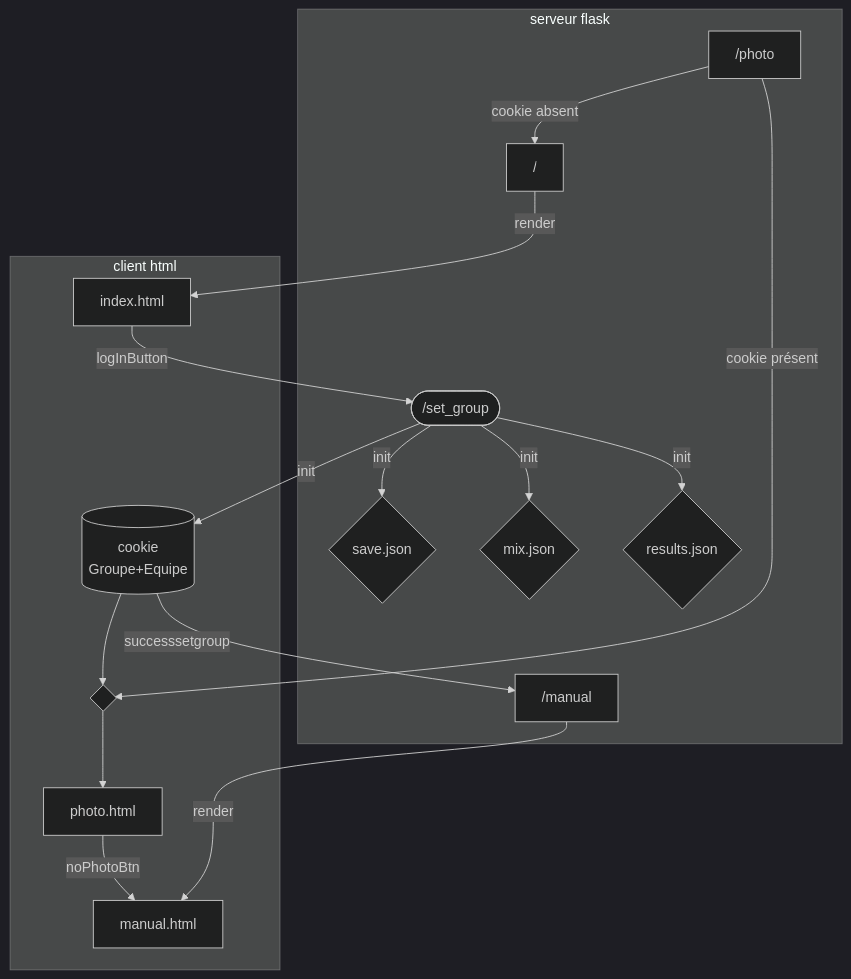
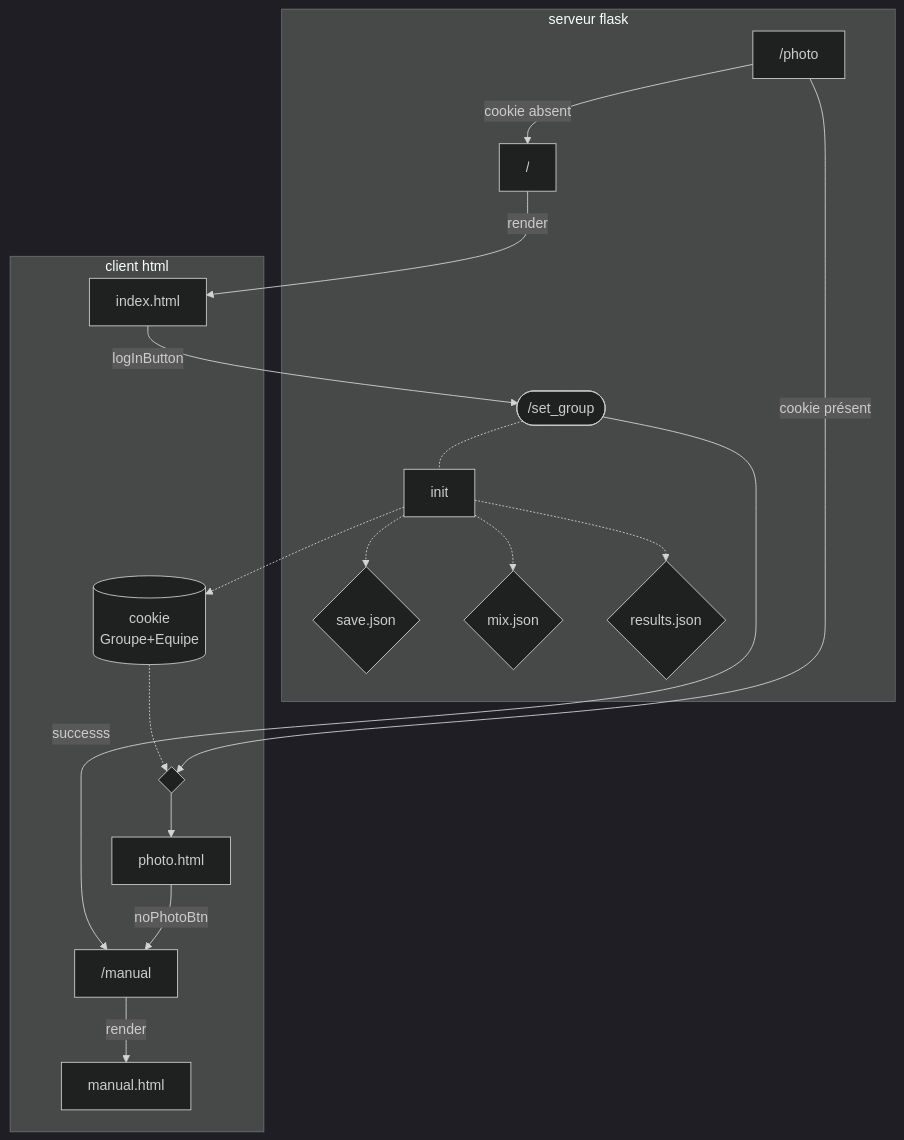
The diagram in README.md (Arcanee/Stage_Mix_Energetique), drawn with Mermaid (dark theme) before and after one commit. The commit also changed 8 other files, not shown here.

````diff
--- a/README.md
+++ b/README.md
@@ -7,36 +7,37 @@
 ```mermaid
+%% Syntaxe ici https://mermaid.js.org/intro/syntax-reference.html
+%% Un diagrame de séquence serait plus approprié
   graph TD;
   subgraph "client html"
      index["index.html"] 
      photo["photo.html"]
      manual["manual.html"]
      
      cookie[("cookie \nGroupe+Equipe")]     
+     cookphoto{ }
+     photo -- noPhotoBtn --> rendermanual
 
-     photo -- noPhotoBtn --> manual
-
-     cookphoto{ }
 
   end
   subgraph "serveur flask"
 
      save{save.json}
      mix{mix.json}
      
      results{results.json}
      root["/"]
      setgroup([/set_group])
      ajaxphoto["/photo"]
      rendermanual["/manual"]
 
      root -- "render" --> index
      index -- logInButton --> setgroup
-     setgroup -- init --> cookie & save & mix & results 
-     cookie -- successsetgroup --> rendermanual
+     setgroup -.- init -.-> cookie & save & mix & results 
+     setgroup -- successs --> rendermanual
 
      ajaxphoto -- cookie présent --> cookphoto --> photo
      ajaxphoto -- cookie absent --> root
-     cookie --> cookphoto
+     cookie -.-> cookphoto
      rendermanual -- render --> manual
   end
 ```
````
